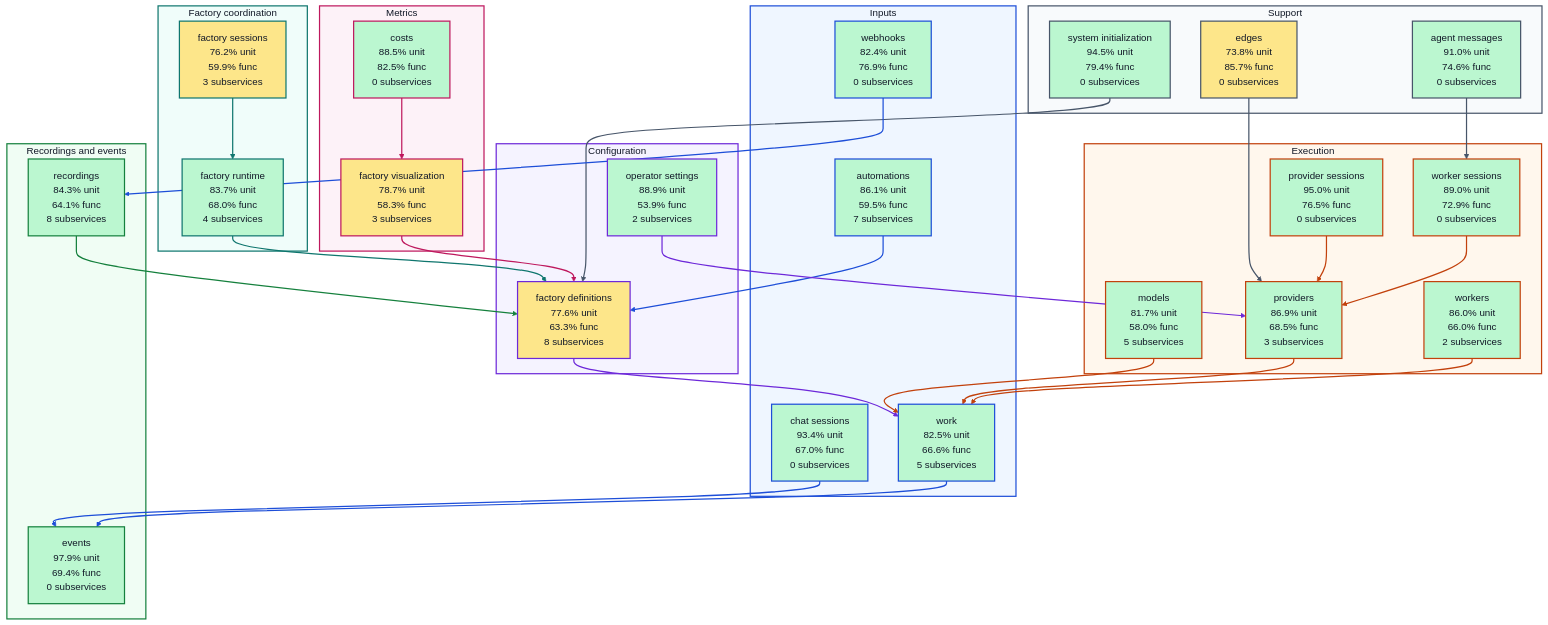
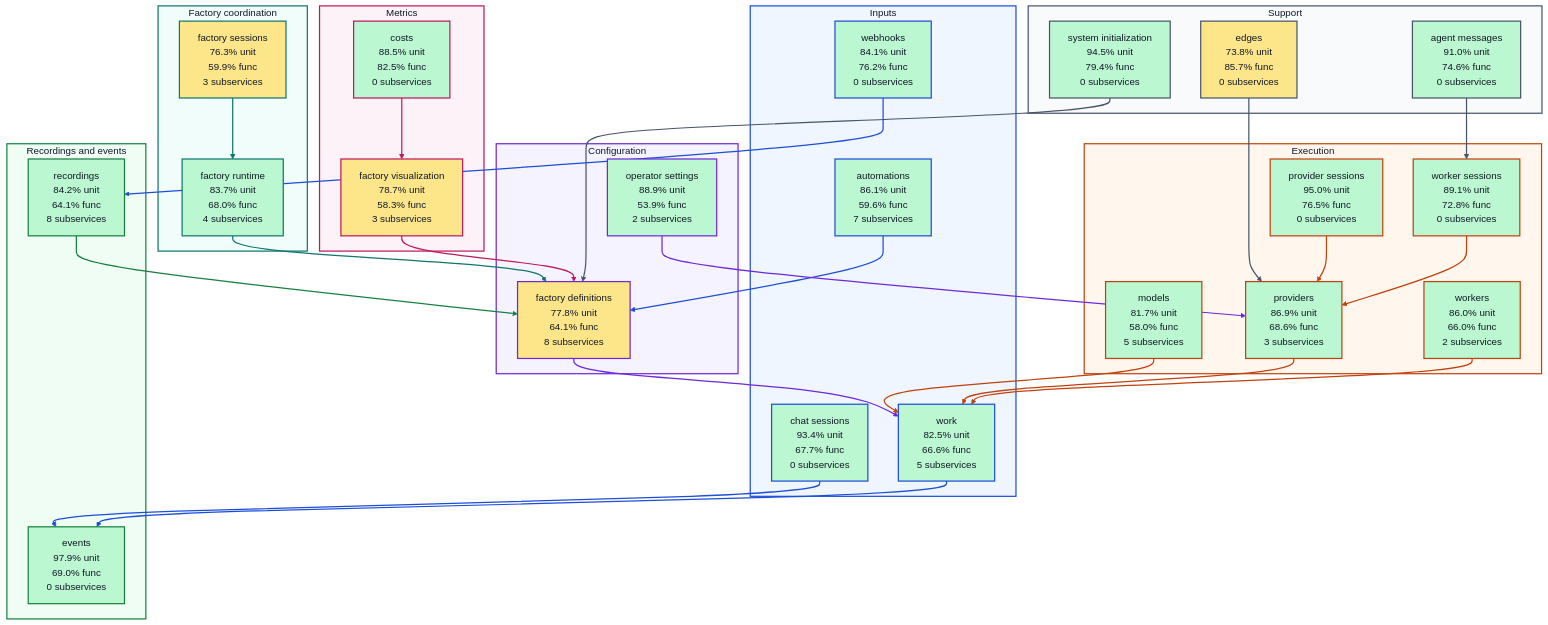
The diagram in docs/architecture/visualizations/high-level-test-coverage.md (portpowered/you-agent-factory), drawn with Mermaid (forest theme) before and after one commit. The commit also changed other lines of this file and 21 other files, not shown here.

Commit message:
docs: refresh backend architecture visualizations

````diff
--- a/docs/architecture/visualizations/high-level-test-coverage.md
+++ b/docs/architecture/visualizations/high-level-test-coverage.md
@@ -11,29 +11,29 @@
 ```mermaid
 flowchart TB
   subgraph input["Inputs"]
-    s_services_automations["automations<br/>86.1% unit<br/>59.5% func<br/>7 subservices"]
-    s_services_chat_sessions["chat sessions<br/>93.4% unit<br/>67.0% func<br/>0 subservices"]
-    s_services_webhooks["webhooks<br/>82.4% unit<br/>76.9% func<br/>0 subservices"]
+    s_services_automations["automations<br/>86.1% unit<br/>59.6% func<br/>7 subservices"]
+    s_services_chat_sessions["chat sessions<br/>93.4% unit<br/>67.7% func<br/>0 subservices"]
+    s_services_webhooks["webhooks<br/>84.1% unit<br/>76.2% func<br/>0 subservices"]
     s_services_work["work<br/>82.5% unit<br/>66.6% func<br/>5 subservices"]
   end
   subgraph configuration["Configuration"]
-    s_services_factory_definitions["factory definitions<br/>77.6% unit<br/>63.3% func<br/>8 subservices"]
+    s_services_factory_definitions["factory definitions<br/>77.8% unit<br/>64.1% func<br/>8 subservices"]
     s_services_operator_settings["operator settings<br/>88.9% unit<br/>53.9% func<br/>2 subservices"]
   end
   subgraph coordination["Factory coordination"]
     s_services_factory_runtime["factory runtime<br/>83.7% unit<br/>68.0% func<br/>4 subservices"]
-    s_services_factory_sessions["factory sessions<br/>76.2% unit<br/>59.9% func<br/>3 subservices"]
+    s_services_factory_sessions["factory sessions<br/>76.3% unit<br/>59.9% func<br/>3 subservices"]
   end
   subgraph execution["Execution"]
     s_services_models["models<br/>81.7% unit<br/>58.0% func<br/>5 subservices"]
     s_services_provider_sessions["provider sessions<br/>95.0% unit<br/>76.5% func<br/>0 subservices"]
-    s_services_providers["providers<br/>86.9% unit<br/>68.5% func<br/>3 subservices"]
-    s_services_worker_sessions["worker sessions<br/>89.0% unit<br/>72.9% func<br/>0 subservices"]
+    s_services_providers["providers<br/>86.9% unit<br/>68.6% func<br/>3 subservices"]
+    s_services_worker_sessions["worker sessions<br/>89.1% unit<br/>72.8% func<br/>0 subservices"]
     s_services_workers["workers<br/>86.0% unit<br/>66.0% func<br/>2 subservices"]
   end
   subgraph recordings["Recordings and events"]
-    s_services_events["events<br/>97.9% unit<br/>69.4% func<br/>0 subservices"]
-    s_services_recordings["recordings<br/>84.3% unit<br/>64.1% func<br/>8 subservices"]
+    s_services_events["events<br/>97.9% unit<br/>69.0% func<br/>0 subservices"]
+    s_services_recordings["recordings<br/>84.2% unit<br/>64.1% func<br/>8 subservices"]
   end
   subgraph metrics["Metrics"]
     s_services_costs["costs<br/>88.5% unit<br/>82.5% func<br/>0 subservices"]
````
